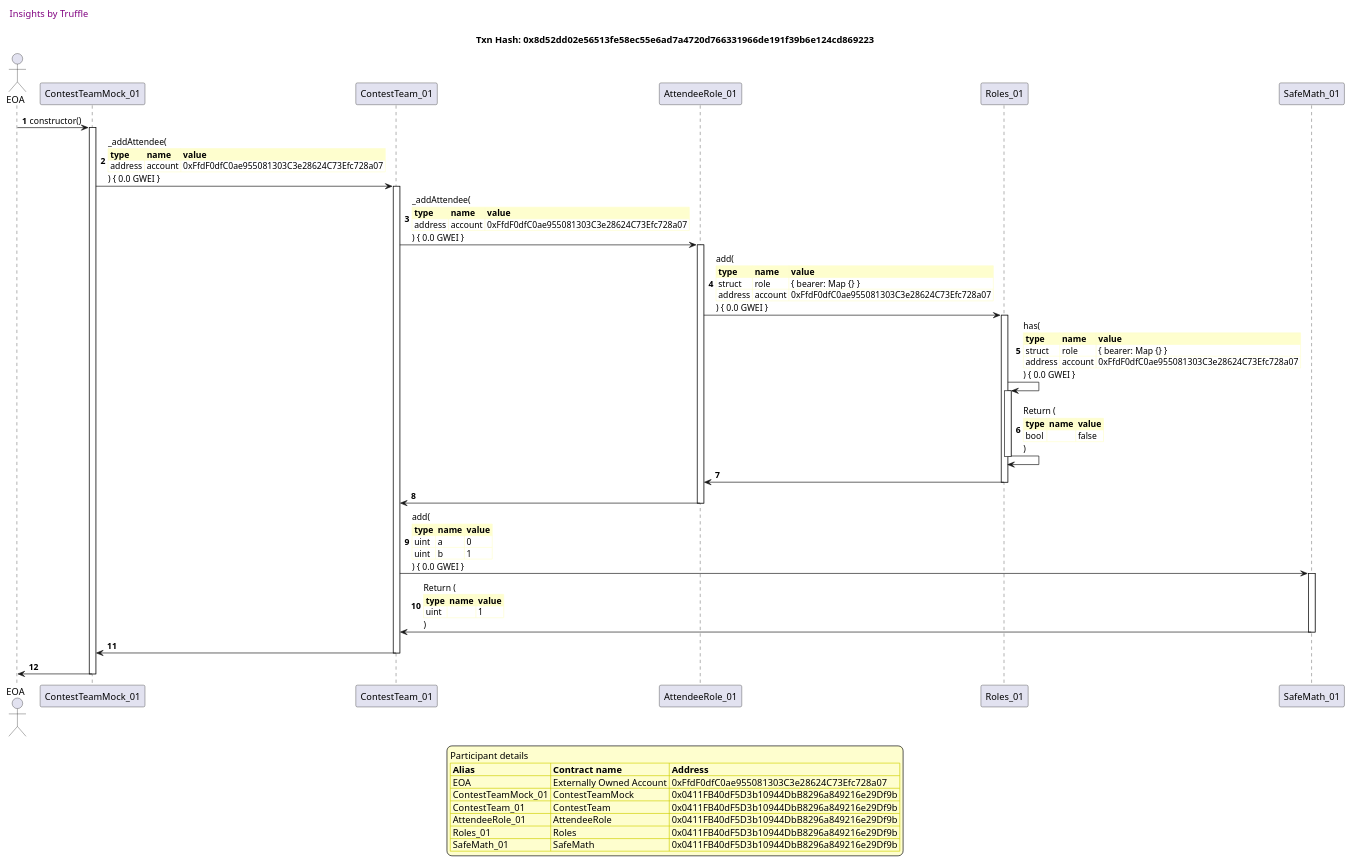
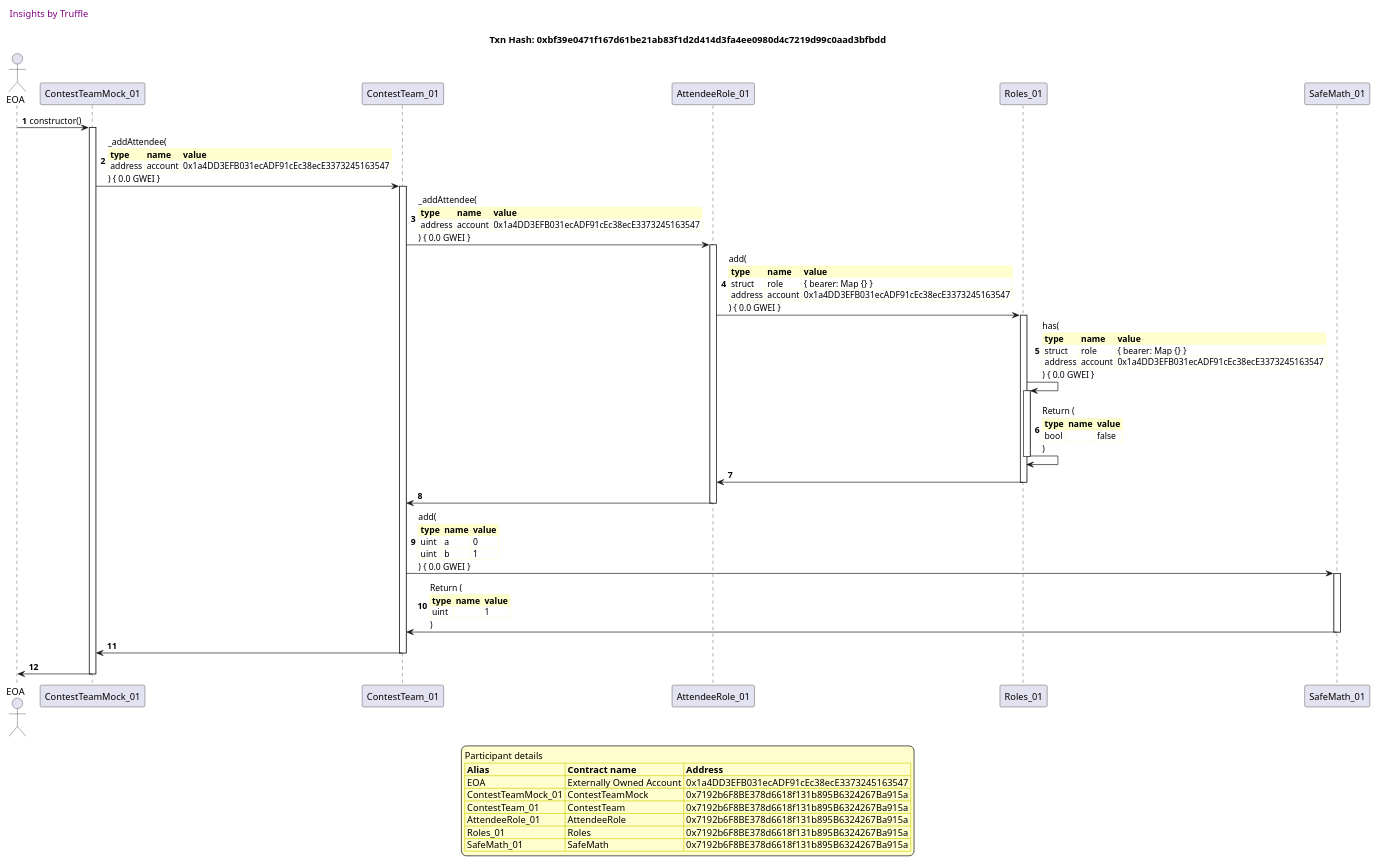
One commit to fodisi/hackapay changed the third of 50 diagrams in truffle-seq/core_contestteam.md. Above: the diagram before and after it, drawn with PlantUML. The commit also changed other lines of this file and 10 other files, not shown here.

````diff
--- a/truffle-seq/core_contestteam.md
+++ b/truffle-seq/core_contestteam.md
@@ -208,79 +208,79 @@
 ```plantuml
 
 
 @startuml
 
 autonumber
 skinparam legendBackgroundColor #FEFECE
 
 <style>
       header {
         HorizontalAlignment left
         FontColor purple
         FontSize 14
         Padding 10
       }
     </style>
 
 header Insights by Truffle
 
-title Txn Hash: 0x8d52dd02e56513fe58ec55e6ad7a4720d766331966de191f39b6e124cd869223
+title Txn Hash: 0xbf39e0471f167d61be21ab83f1d2d414d3fa4ee0980d4c7219d99c0aad3bfbdd
 
 
 actor EOA as "EOA"
 participant ContestTeamMock_01 as "ContestTeamMock_01"
 participant ContestTeam_01 as "ContestTeam_01"
 participant AttendeeRole_01 as "AttendeeRole_01"
 participant Roles_01 as "Roles_01"
 participant SafeMath_01 as "SafeMath_01"
 
 "EOA" -> "ContestTeamMock_01" ++: constructor()
 "ContestTeamMock_01" -> "ContestTeam_01" ++: _addAttendee(\n\
 <#FEFECE,#FEFECE>|= type |= name |= value |\n\
-| address | account | 0xFfdF0dfC0ae955081303C3e28624C73Efc728a07 |\n\
+| address | account | 0x1a4DD3EFB031ecADF91cEc38ecE3373245163547 |\n\
 ) { 0.0 GWEI }
 "ContestTeam_01" -> "AttendeeRole_01" ++: _addAttendee(\n\
 <#FEFECE,#FEFECE>|= type |= name |= value |\n\
-| address | account | 0xFfdF0dfC0ae955081303C3e28624C73Efc728a07 |\n\
+| address | account | 0x1a4DD3EFB031ecADF91cEc38ecE3373245163547 |\n\
 ) { 0.0 GWEI }
 "AttendeeRole_01" -> "Roles_01" ++: add(\n\
 <#FEFECE,#FEFECE>|= type |= name |= value |\n\
 | struct | role | { bearer: Map {} } |\n\
-| address | account | 0xFfdF0dfC0ae955081303C3e28624C73Efc728a07 |\n\
+| address | account | 0x1a4DD3EFB031ecADF91cEc38ecE3373245163547 |\n\
 ) { 0.0 GWEI }
 "Roles_01" -> "Roles_01" ++: has(\n\
 <#FEFECE,#FEFECE>|= type |= name |= value |\n\
 | struct | role | { bearer: Map {} } |\n\
-| address | account | 0xFfdF0dfC0ae955081303C3e28624C73Efc728a07 |\n\
+| address | account | 0x1a4DD3EFB031ecADF91cEc38ecE3373245163547 |\n\
 ) { 0.0 GWEI }
 "Roles_01" -> "Roles_01" --: Return (\n\
 <#FEFECE,#FEFECE>|= type |= name |= value |\n\
 | bool |  | false |\n\
 )
 "Roles_01" -> "AttendeeRole_01" --: 
 "AttendeeRole_01" -> "ContestTeam_01" --: 
 "ContestTeam_01" -> "SafeMath_01" ++: add(\n\
 <#FEFECE,#FEFECE>|= type |= name |= value |\n\
 | uint | a | 0 |\n\
 | uint | b | 1 |\n\
 ) { 0.0 GWEI }
 "SafeMath_01" -> "ContestTeam_01" --: Return (\n\
 <#FEFECE,#FEFECE>|= type |= name |= value |\n\
 | uint |  | 1 |\n\
 )
 "ContestTeam_01" -> "ContestTeamMock_01" --: 
 "ContestTeamMock_01" -> "EOA" --: 
 
 legend
 Participant details
 <#FEFECE,#D0D000>|= Alias |= Contract name |= Address |
-<#FEFECE>| EOA | Externally Owned Account | 0xFfdF0dfC0ae955081303C3e28624C73Efc728a07 |
-<#FEFECE>| ContestTeamMock_01 | ContestTeamMock | 0x0411FB40dF5D3b10944DbB8296a849216e29Df9b |
-<#FEFECE>| ContestTeam_01 | ContestTeam | 0x0411FB40dF5D3b10944DbB8296a849216e29Df9b |
-<#FEFECE>| AttendeeRole_01 | AttendeeRole | 0x0411FB40dF5D3b10944DbB8296a849216e29Df9b |
-<#FEFECE>| Roles_01 | Roles | 0x0411FB40dF5D3b10944DbB8296a849216e29Df9b |
-<#FEFECE>| SafeMath_01 | SafeMath | 0x0411FB40dF5D3b10944DbB8296a849216e29Df9b |
+<#FEFECE>| EOA | Externally Owned Account | 0x1a4DD3EFB031ecADF91cEc38ecE3373245163547 |
+<#FEFECE>| ContestTeamMock_01 | ContestTeamMock | 0x7192b6F8BE378d6618f131b895B6324267Ba915a |
+<#FEFECE>| ContestTeam_01 | ContestTeam | 0x7192b6F8BE378d6618f131b895B6324267Ba915a |
+<#FEFECE>| AttendeeRole_01 | AttendeeRole | 0x7192b6F8BE378d6618f131b895B6324267Ba915a |
+<#FEFECE>| Roles_01 | Roles | 0x7192b6F8BE378d6618f131b895B6324267Ba915a |
+<#FEFECE>| SafeMath_01 | SafeMath | 0x7192b6F8BE378d6618f131b895B6324267Ba915a |
 endlegend
 
 @enduml
 ```
````
